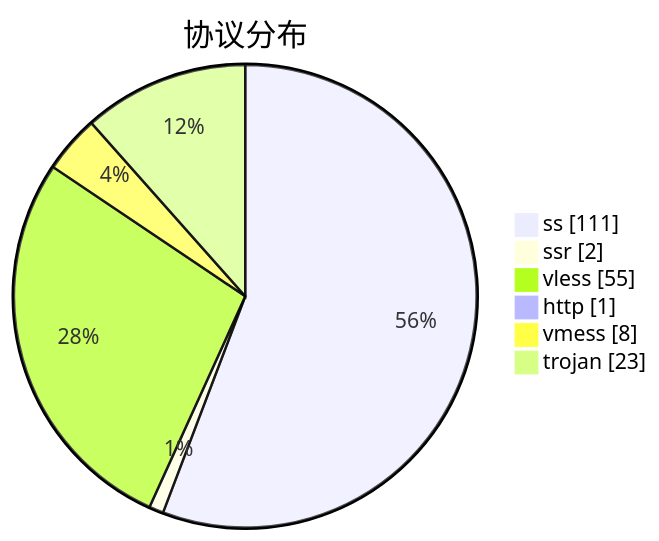
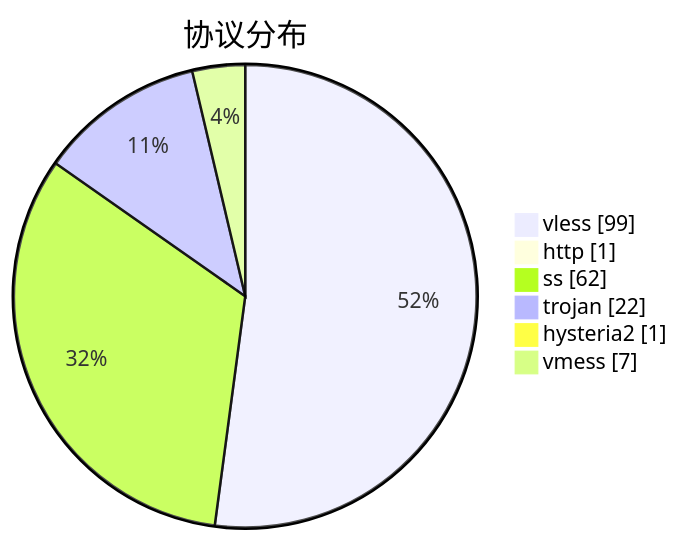
The third of 3 diagrams in subs/statistics/tested_within.md (qjlxg/airport), drawn with Mermaid before and after one commit. The commit also changed other lines of this file and 2 other files, not shown here.

````diff
--- a/subs/statistics/tested_within.md
+++ b/subs/statistics/tested_within.md
@@ -29,10 +27,10 @@
 ```mermaid
 pie showData
 title 协议分布
-"ss" : 111
-"ssr" : 2
-"vless" : 55
+"vless" : 99
 "http" : 1
-"vmess" : 8
-"trojan" : 23
+"ss" : 62
+"trojan" : 22
+"hysteria2" : 1
+"vmess" : 7
 ```
````
